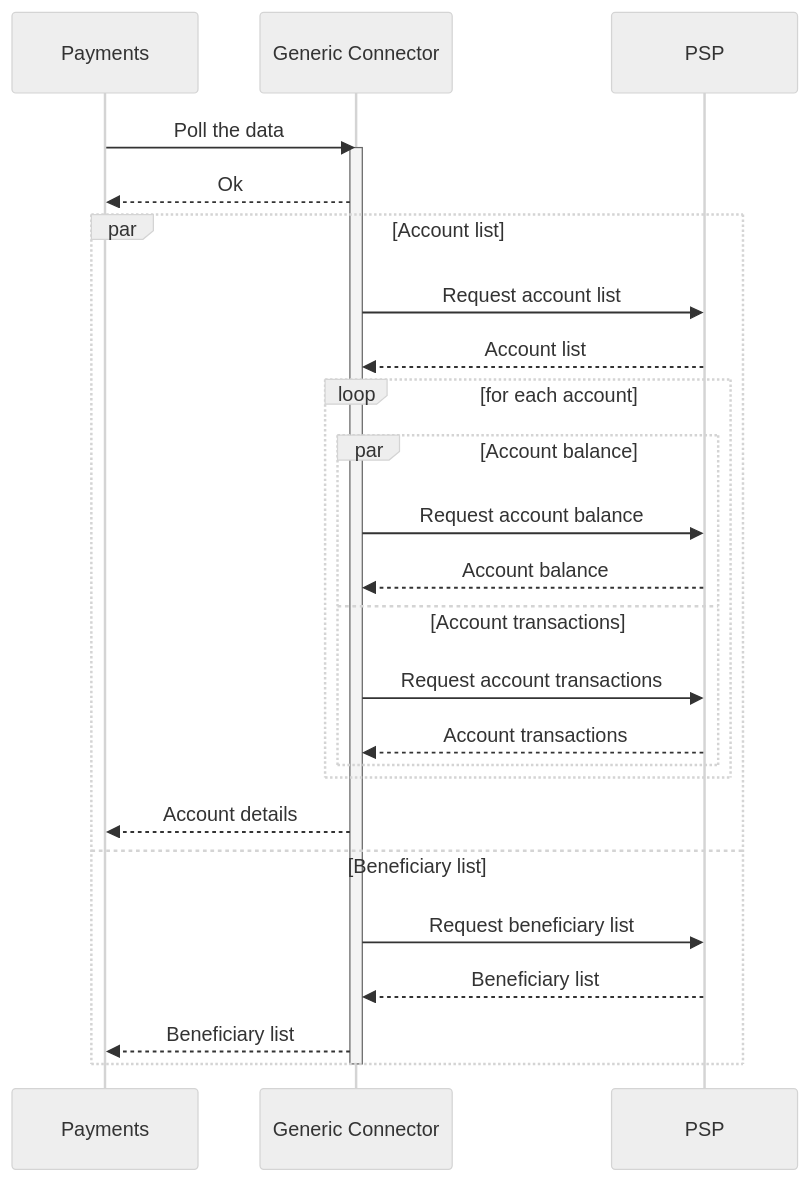
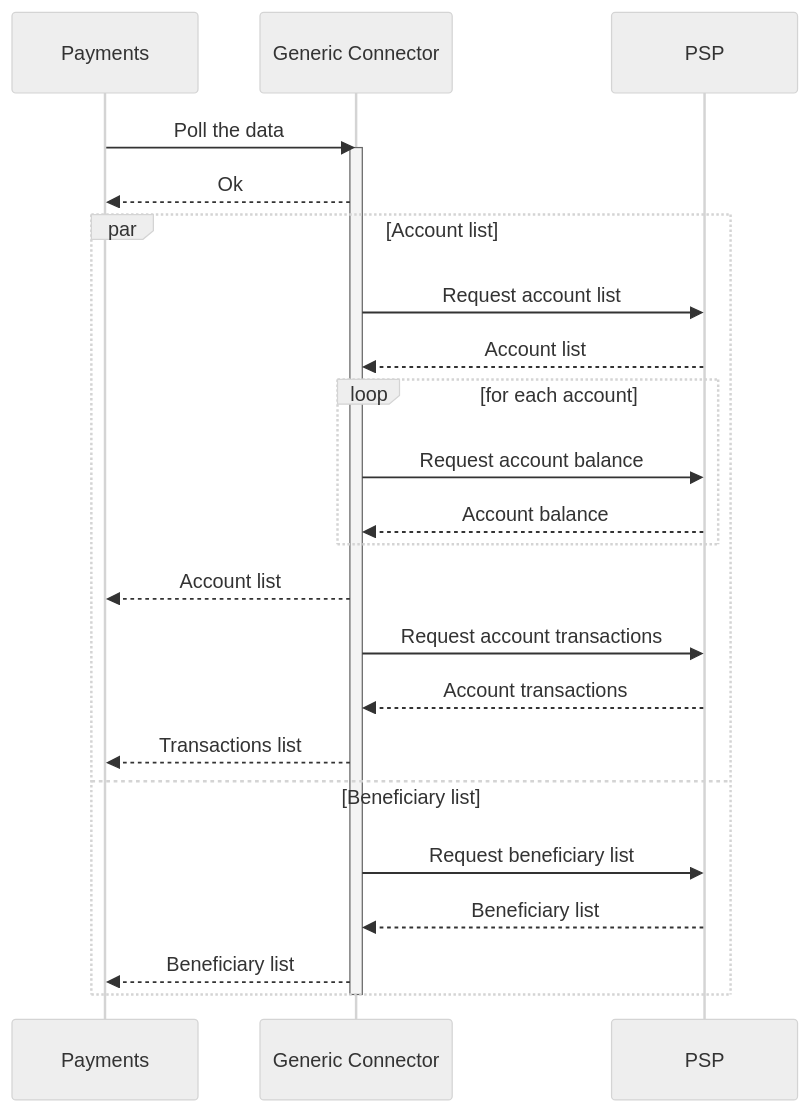
One commit to formancehq/docs changed the first of 2 diagrams in docs/payments/connectors/generic/explanations/how_it_works.md. Above: the diagram before and after it, drawn with Mermaid (neutral theme).

Commit message:
Fix the generic connector schema

````diff
--- a/docs/payments/connectors/generic/explanations/how_it_works.md
+++ b/docs/payments/connectors/generic/explanations/how_it_works.md
@@ -12,25 +12,25 @@
 ```mermaid
 sequenceDiagram
   Payments ->> Generic Connector: Poll the data
   activate Generic Connector
   Generic Connector -->> Payments: Ok
   par Account list
     Generic Connector ->> PSP: Request account list
     PSP -->> Generic Connector: Account list
     loop for each account
-      par Account balance
-        Generic Connector ->> PSP: Request account balance
-        PSP -->> Generic Connector: Account balance
-      and Account transactions
-        Generic Connector ->> PSP: Request account transactions
-        PSP -->> Generic Connector: Account transactions
-      end
+      Generic Connector ->> PSP: Request account balance
+      PSP -->> Generic Connector: Account balance
     end
-    Generic Connector -->> Payments: Account details
+
+    Generic Connector -->> Payments: Account list
+    Generic Connector ->> PSP: Request account transactions
+    PSP -->> Generic Connector: Account transactions
+
+    Generic Connector -->> Payments: Transactions list
   and Beneficiary list
     Generic Connector ->> PSP: Request beneficiary list
     PSP -->> Generic Connector: Beneficiary list
     Generic Connector -->> Payments: Beneficiary list
   end
   deactivate Generic Connector
 ```
````
